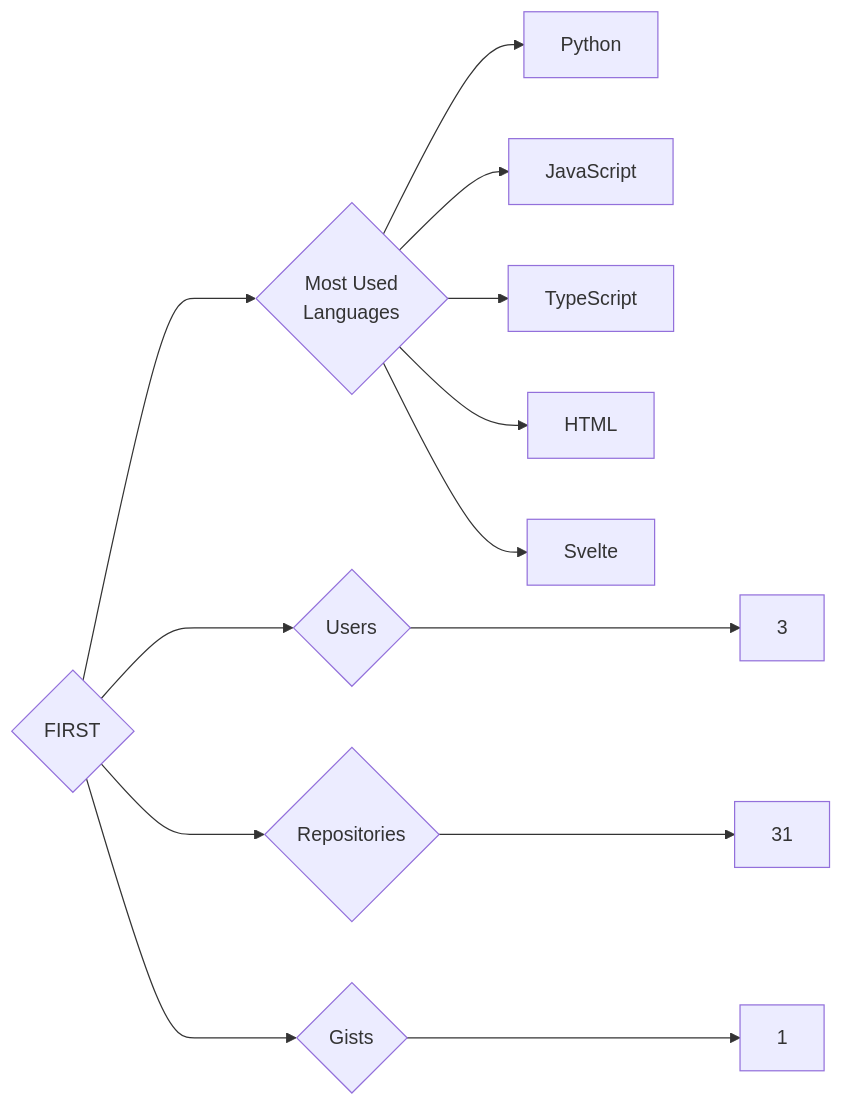
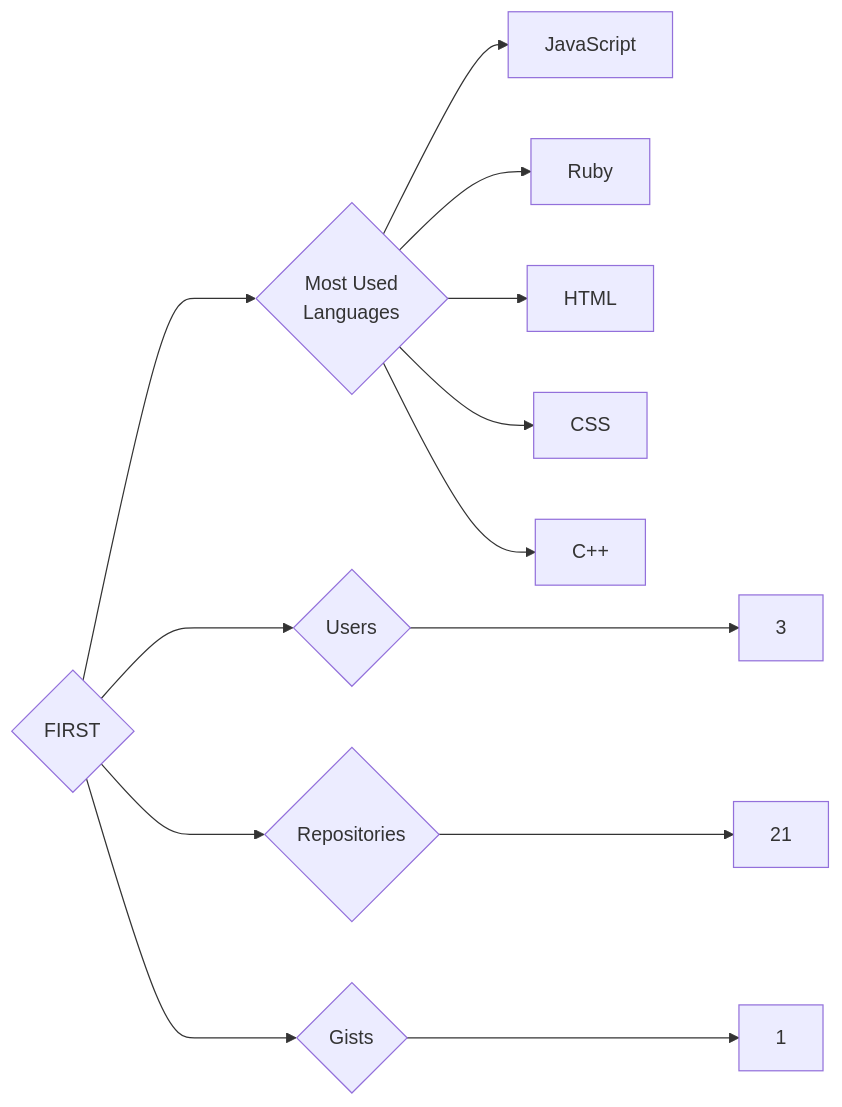
The diagram in targets/FIRST/README.md (trickest/insiders), drawn with Mermaid before and after one commit. The commit also changed 1123 other files, not shown here.

````diff
--- a/targets/FIRST/README.md
+++ b/targets/FIRST/README.md
@@ -3,13 +3,13 @@
 ```mermaid
 graph LR
 COMPANY_NAME{FIRST}
 COMPANY_NAME ---> U{Users} ---> UN[3]
-COMPANY_NAME ---> R{Repositories} ---> RN[31]
+COMPANY_NAME ---> R{Repositories} ---> RN[21]
 COMPANY_NAME ---> G{Gists} ---> GN[1]
 COMPANY_NAME ---> ML{Most Used<br>Languages}
-ML --> Python[Python]
 ML --> JavaScript[JavaScript]
-ML --> TypeScript[TypeScript]
+ML --> Ruby[Ruby]
 ML --> HTML[HTML]
-ML --> Svelte[Svelte]
+ML --> CSS[CSS]
+ML --> C++[C++]
 ```
````
